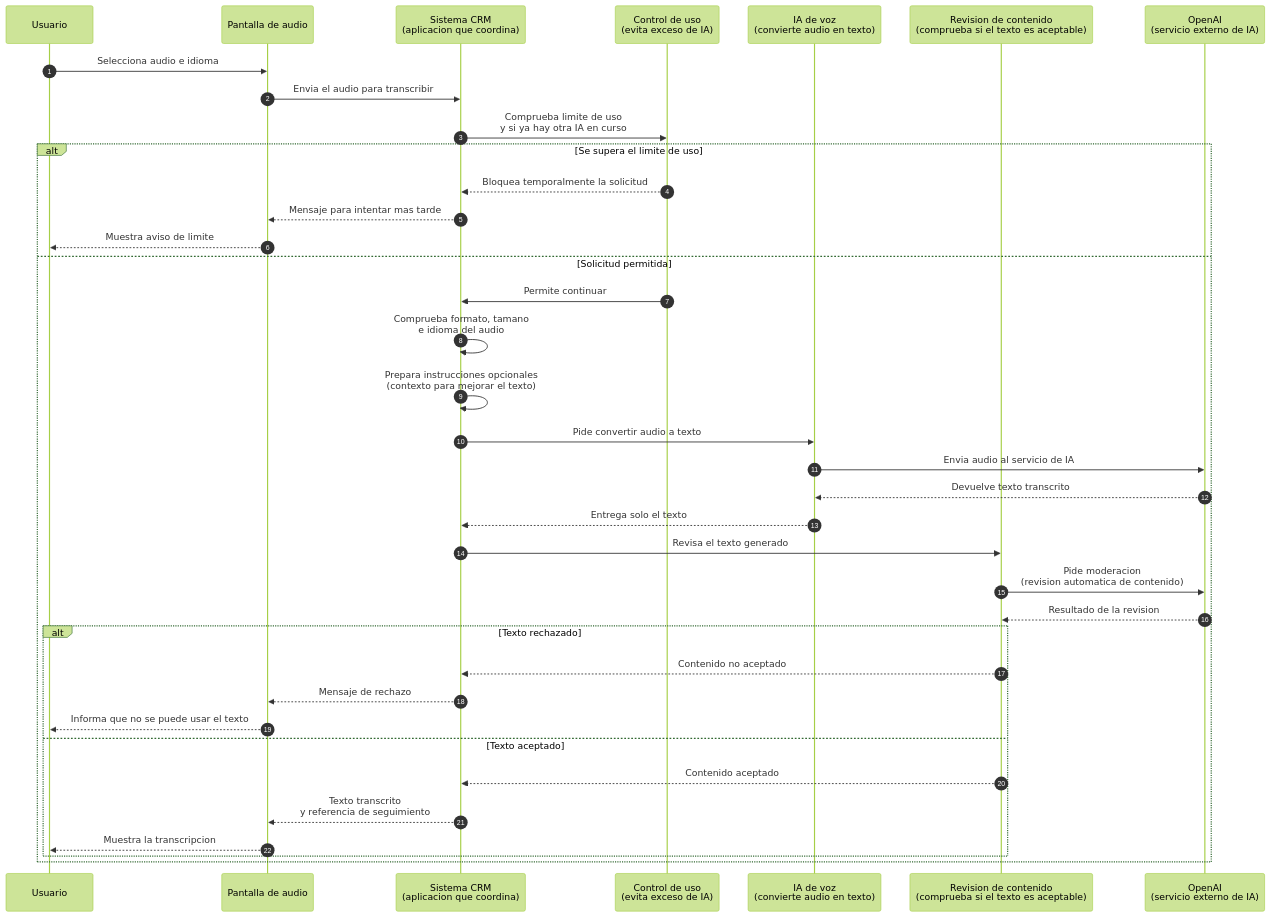
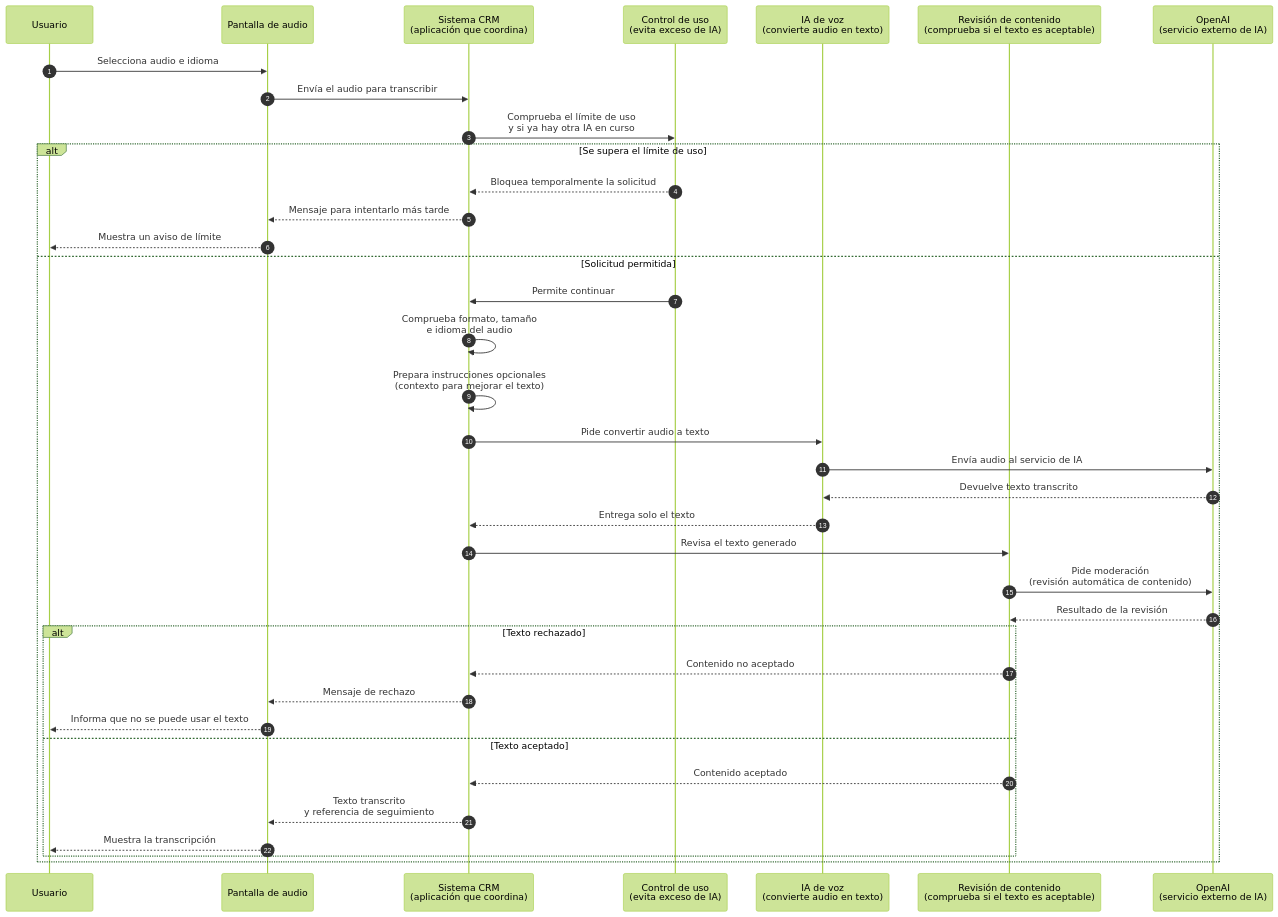
The diagram in docs/architecture/diagrams/user/ai/ai-audio-transcription.mmd (INDMAME/IND_CRM_API), drawn with Mermaid (forest theme) before and after one commit. The commit also changed 314 other files, not shown here.

```diff
--- a/docs/architecture/diagrams/user/ai/ai-audio-transcription.mmd
+++ b/docs/architecture/diagrams/user/ai/ai-audio-transcription.mmd
@@ -1,40 +1,40 @@
 sequenceDiagram
   autonumber
   participant User as Usuario
   participant Screen as Pantalla de audio
-  participant System as Sistema CRM<br/>(aplicacion que coordina)
+  participant System as Sistema CRM<br/>(aplicación que coordina)
   participant Limit as Control de uso<br/>(evita exceso de IA)
   participant Voice as IA de voz<br/>(convierte audio en texto)
-  participant Review as Revision de contenido<br/>(comprueba si el texto es aceptable)
+  participant Review as Revisión de contenido<br/>(comprueba si el texto es aceptable)
   participant OpenAI as OpenAI<br/>(servicio externo de IA)
 
   User->>Screen: Selecciona audio e idioma
-  Screen->>System: Envia el audio para transcribir
-  System->>Limit: Comprueba limite de uso<br/>y si ya hay otra IA en curso
+  Screen->>System: Envía el audio para transcribir
+  System->>Limit: Comprueba el límite de uso<br/>y si ya hay otra IA en curso
 
-  alt Se supera el limite de uso
+  alt Se supera el límite de uso
     Limit-->>System: Bloquea temporalmente la solicitud
-    System-->>Screen: Mensaje para intentar mas tarde
-    Screen-->>User: Muestra aviso de limite
+    System-->>Screen: Mensaje para intentarlo más tarde
+    Screen-->>User: Muestra un aviso de límite
   else Solicitud permitida
     Limit->>System: Permite continuar
-    System->>System: Comprueba formato, tamano<br/>e idioma del audio
+    System->>System: Comprueba formato, tamaño<br/>e idioma del audio
     System->>System: Prepara instrucciones opcionales<br/>(contexto para mejorar el texto)
     System->>Voice: Pide convertir audio a texto
-    Voice->>OpenAI: Envia audio al servicio de IA
+    Voice->>OpenAI: Envía audio al servicio de IA
     OpenAI-->>Voice: Devuelve texto transcrito
     Voice-->>System: Entrega solo el texto
     System->>Review: Revisa el texto generado
-    Review->>OpenAI: Pide moderacion<br/>(revision automatica de contenido)
-    OpenAI-->>Review: Resultado de la revision
+    Review->>OpenAI: Pide moderación<br/>(revisión automática de contenido)
+    OpenAI-->>Review: Resultado de la revisión
 
     alt Texto rechazado
       Review-->>System: Contenido no aceptado
       System-->>Screen: Mensaje de rechazo
       Screen-->>User: Informa que no se puede usar el texto
     else Texto aceptado
       Review-->>System: Contenido aceptado
       System-->>Screen: Texto transcrito<br/>y referencia de seguimiento
-      Screen-->>User: Muestra la transcripcion
+      Screen-->>User: Muestra la transcripción
     end
   end
```
